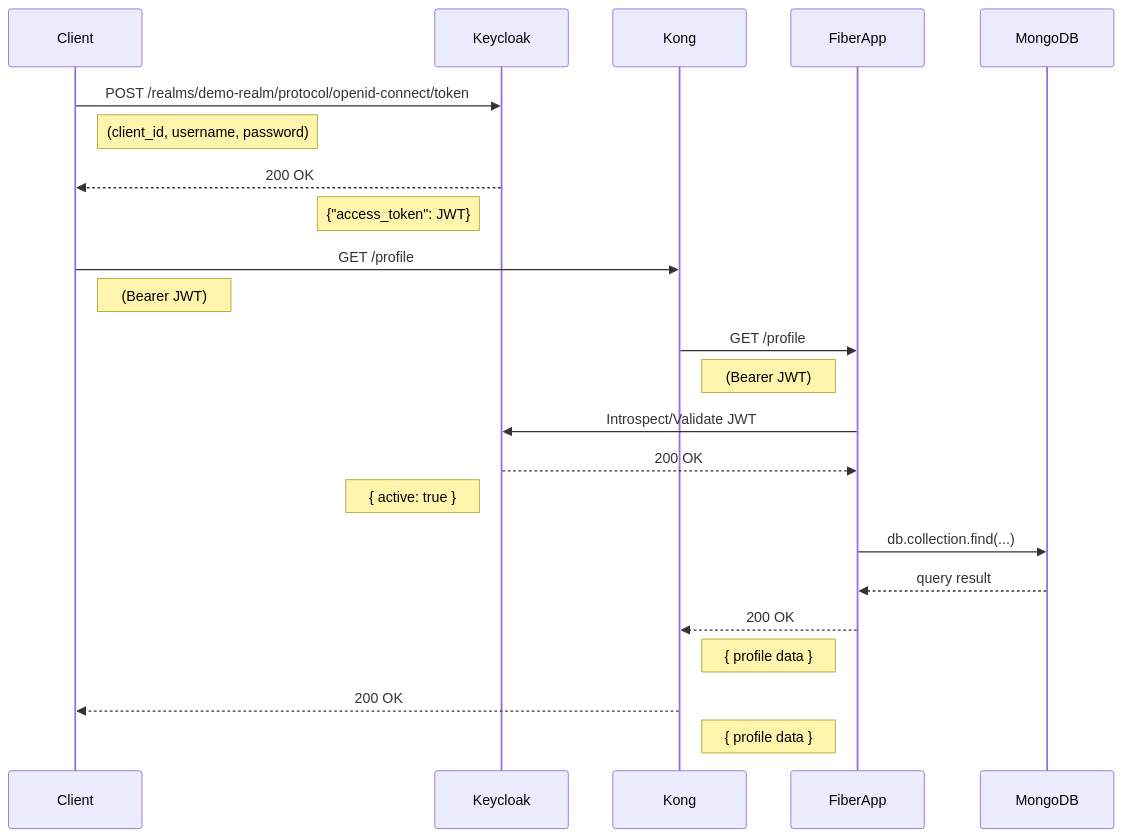
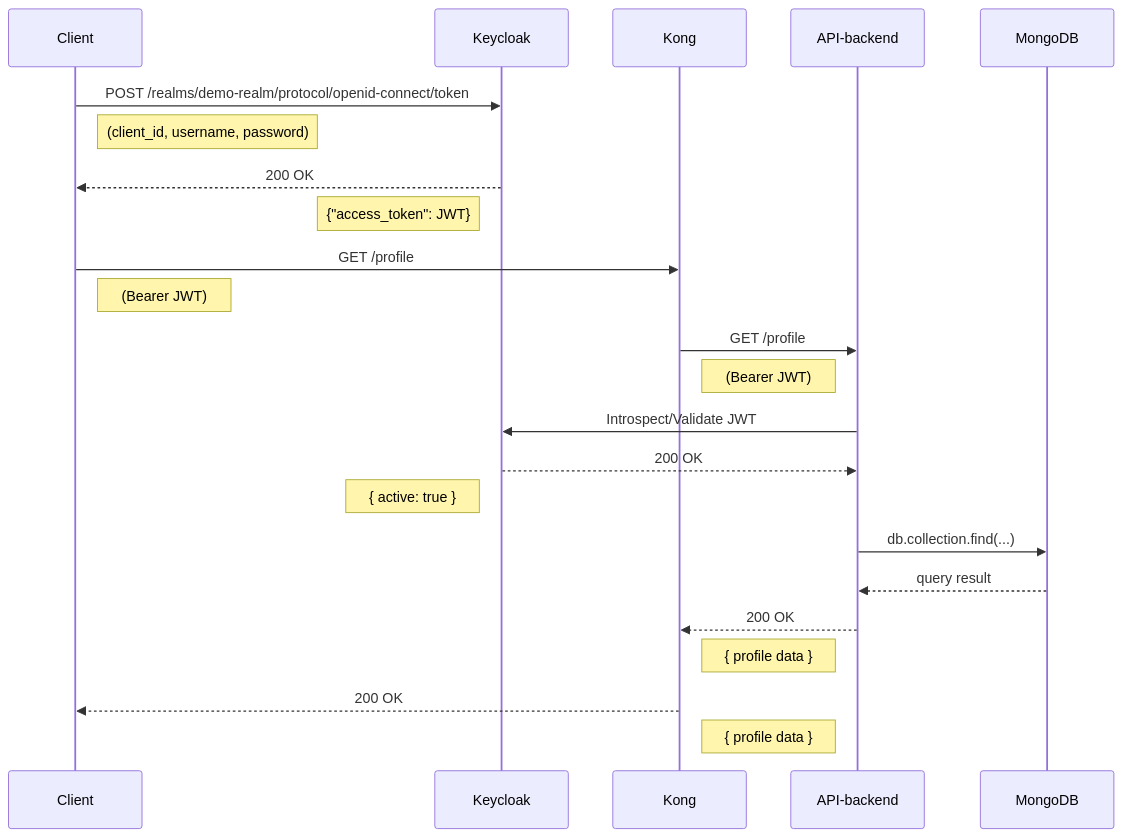
One commit to Palakorn-Voramongkol/golang-kong-keycloak changed the diagram in README.md. Above: the diagram before and after it, drawn with Mermaid. The commit also changed other lines of this file, not shown here.

````diff
--- a/README.md
+++ b/README.md
@@ -301,31 +302,31 @@
 ```mermaid
 sequenceDiagram
     participant Client
     participant KC as Keycloak
     participant Kong
-    participant App as FiberApp
+    participant App as API-backend
     participant MongoDB
 
     Client->>KC: POST /realms/demo-realm/protocol/openid-connect/token  
     Note right of Client: (client_id, username, password)
     KC-->>Client: 200 OK  
     Note left of KC: {"access_token": JWT}
 
     Client->>Kong: GET /profile  
     Note right of Client: (Bearer JWT)
     Kong->>App: GET /profile  
     Note right of Kong: (Bearer JWT)
 
     App->>KC: Introspect/Validate JWT
     KC-->>App: 200 OK  
     Note left of KC: { active: true }
 
     App->>MongoDB: db.collection.find(...)
     MongoDB-->>App: query result
 
     App-->>Kong: 200 OK  
     Note left of App: { profile data }
     Kong-->>Client: 200 OK  
     Note right of Kong: { profile data }
 
 ```
````
